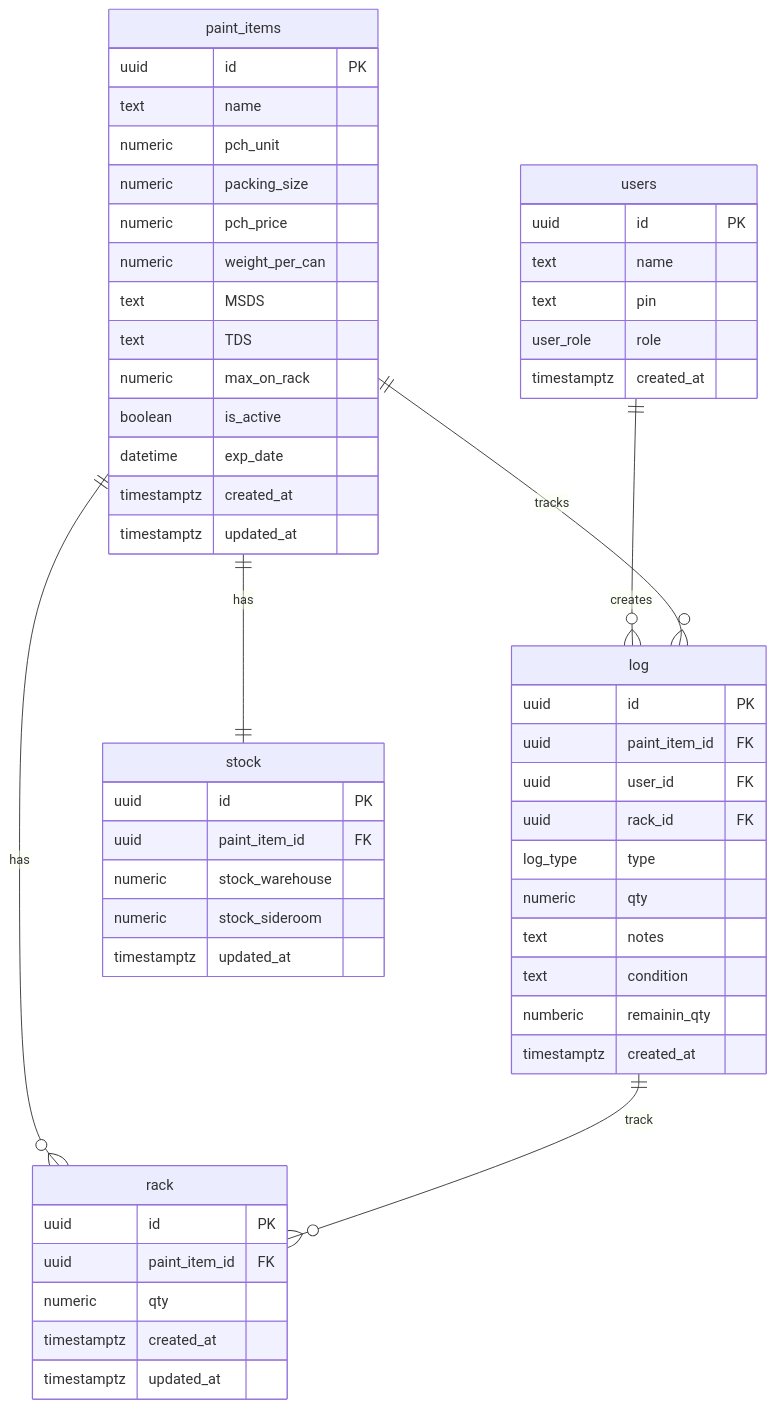
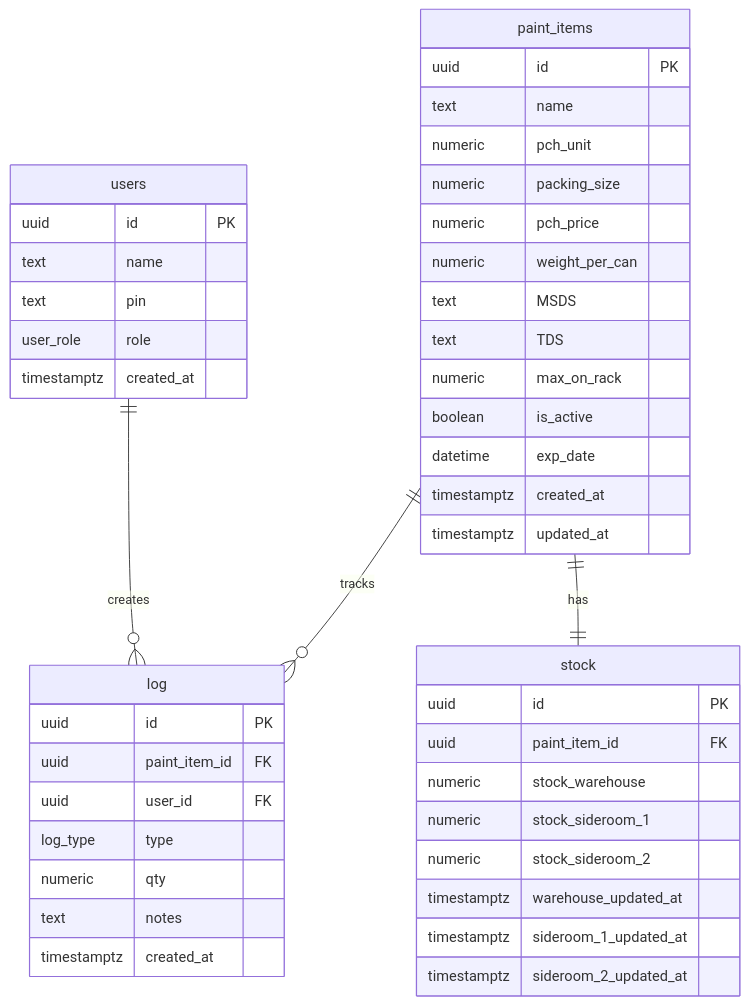
The diagram in docs/DATABASE.md (itsankeikid-dot/PaintManagementStock), drawn with Mermaid before and after one commit.

````diff
--- a/docs/DATABASE.md
+++ b/docs/DATABASE.md
@@ -9,61 +9,53 @@
 ```mermaid
 erDiagram
     users ||--o{ log : creates
     paint_items ||--|| stock : has
     paint_items ||--o{ log : tracks
-    paint_items ||--o{ rack : has
-    log ||--o{ rack : track
 
     users {
         uuid id PK
         text name
         text pin
         user_role role
         timestamptz created_at
     }
 
     paint_items {
         uuid id PK
         text name
         numeric pch_unit
         numeric packing_size
         numeric pch_price
         numeric weight_per_can
         text MSDS
         text TDS
         numeric max_on_rack
         boolean is_active
         datetime exp_date
         timestamptz created_at
         timestamptz updated_at
     }
 
     stock {
         uuid id PK
         uuid paint_item_id FK
         numeric stock_warehouse
-        numeric stock_sideroom
-        timestamptz updated_at
+        numeric stock_sideroom_1
+        numeric stock_sideroom_2
+        timestamptz warehouse_updated_at
+        timestamptz sideroom_1_updated_at
+        timestamptz sideroom_2_updated_at
     }
 
     log {
         uuid id PK
         uuid paint_item_id FK
         uuid user_id FK
-        uuid rack_id FK
         log_type type
         numeric qty
         text notes
-        text condition
-        numberic remainin_qty
         timestamptz created_at
     }
 
-    rack {
-        uuid id PK
-        uuid paint_item_id FK
-        numeric qty
-        timestamptz created_at
-        timestamptz updated_at
-    }
+
 ```
````
